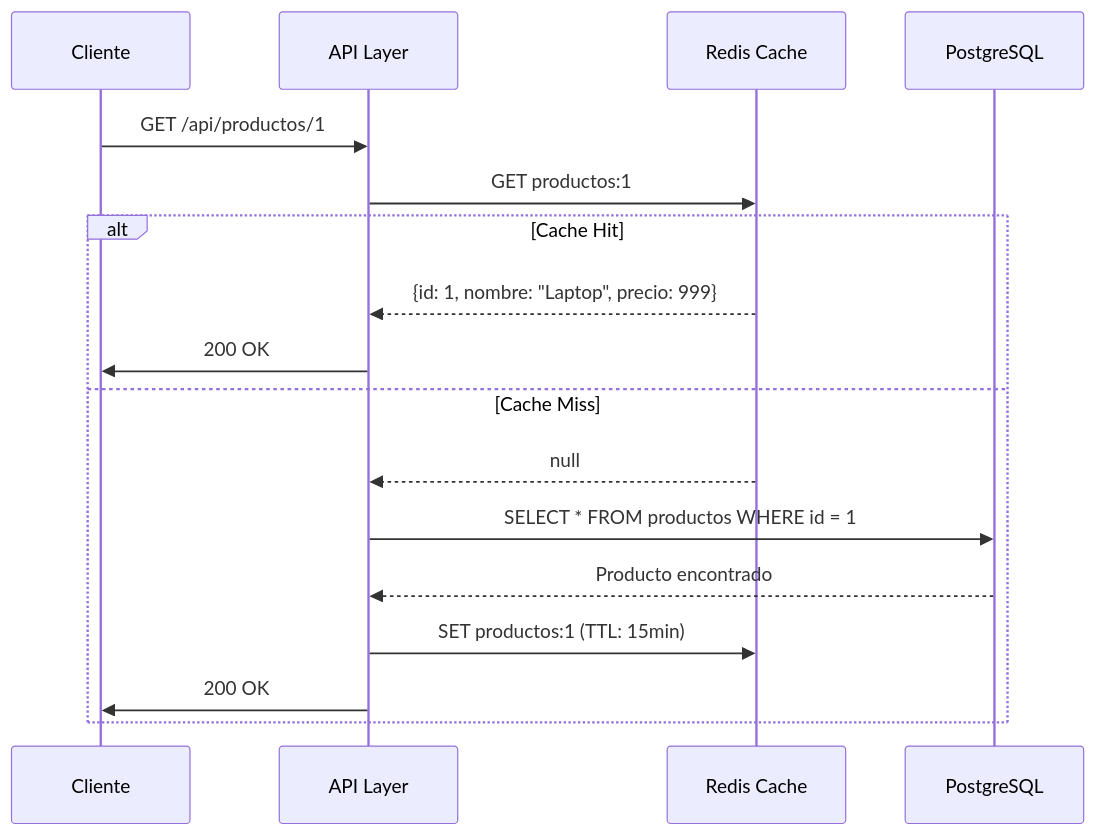
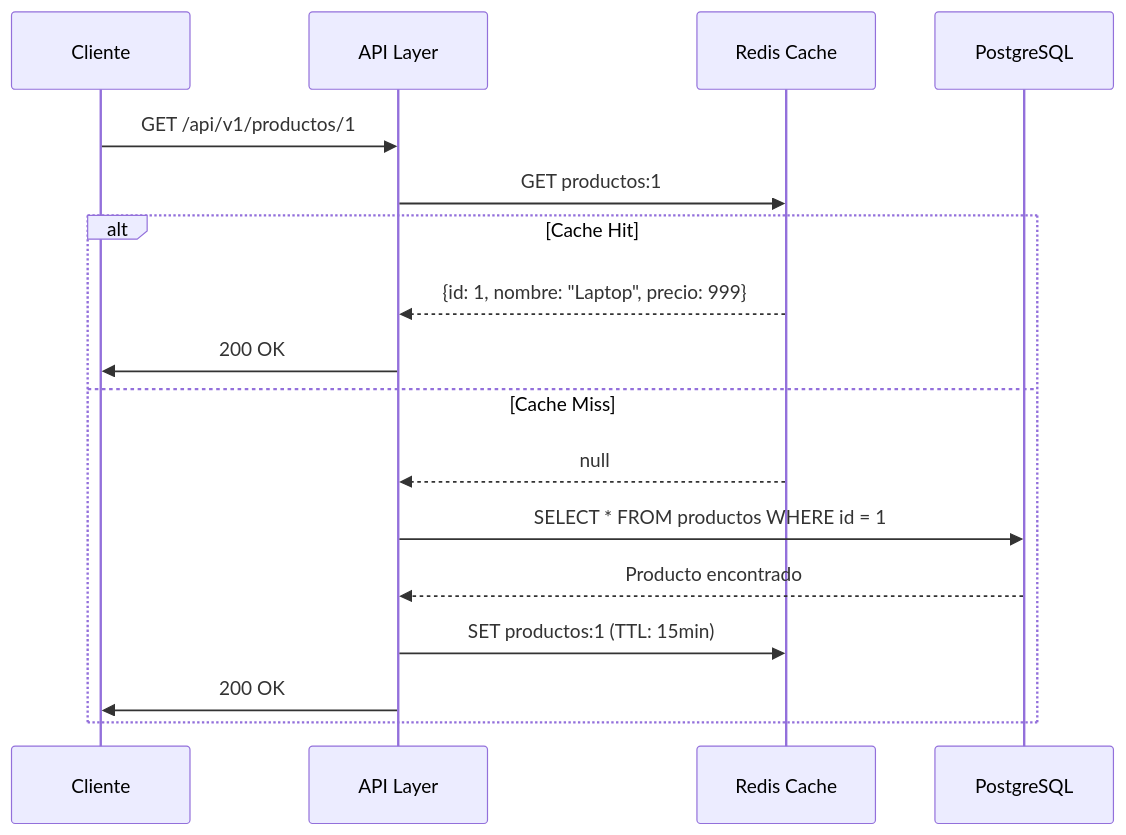
One commit to joseluisgs/TiendaDawApi-NetCore changed the second of 10 diagrams in doc/10-redis-caching.md. Above: the diagram before and after it, drawn with Mermaid. The commit also changed other lines of this file and 237 other files, not shown here.

````diff
--- a/doc/10-redis-caching.md
+++ b/doc/10-redis-caching.md
@@ -72,21 +72,21 @@
 ```mermaid
 sequenceDiagram
     participant C as Cliente
     participant API as API Layer
     participant Cache as Redis Cache
     participant DB as PostgreSQL
 
-    C->>API: GET /api/productos/1
+    C->>API: GET /api/v1/productos/1
     API->>Cache: GET productos:1
     
     alt Cache Hit
         Cache-->>API: {id: 1, nombre: "Laptop", precio: 999}
         API->>C: 200 OK
     else Cache Miss
         Cache-->>API: null
         API->>DB: SELECT * FROM productos WHERE id = 1
         DB-->>API: Producto encontrado
         API->>Cache: SET productos:1 (TTL: 15min)
         API->>C: 200 OK
     end
 ```
````
